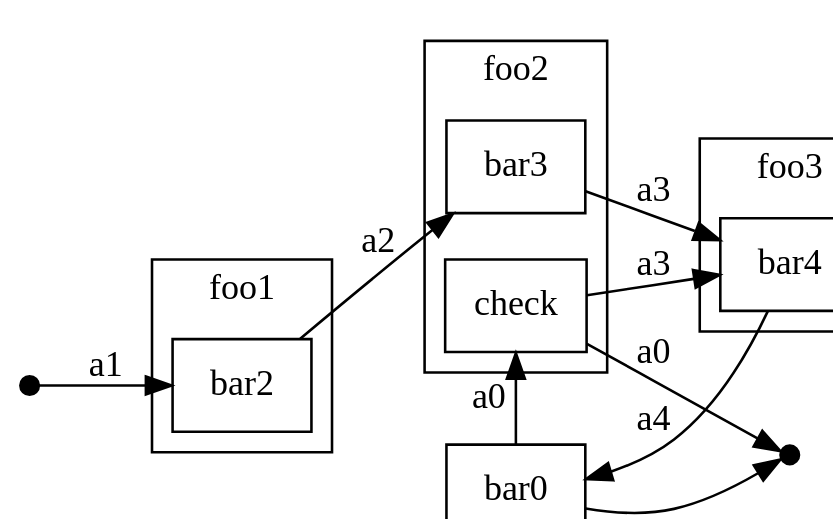
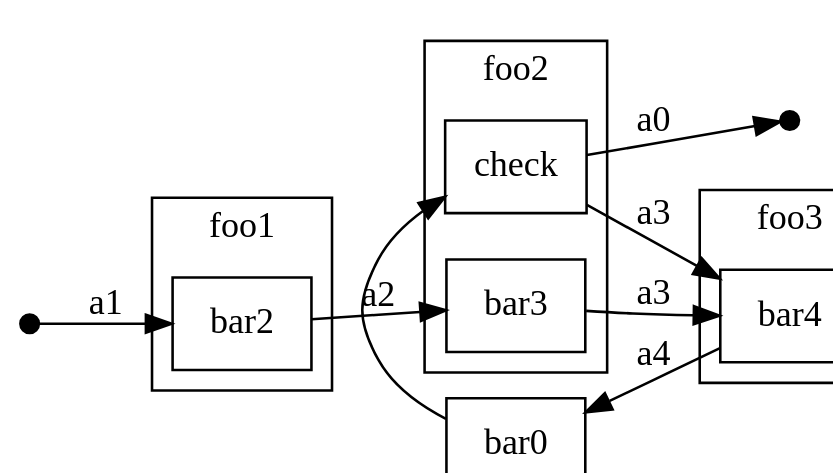
Before and after one commit to fommil/fpmortals: diagram 36 of 36 in manuscript/book.org, drawn with Graphviz. The commit also changed 1 other file, not shown here.

```diff
--- a/manuscript/book.org
+++ b/manuscript/book.org
@@ -11024,43 +11024,42 @@
 #+BEGIN_SRC dot :cmd dot :file images/contt-retry.png :exports results
 digraph G {
     graph [dpi=100,rankdir=LR];
     node [fontname=Hack];
     edge [fontname=Hack];
     fontname=Hack;
     #compound=true;
     #overlap = false;
 
     start [shape=point,width=0.1]
 
     subgraph cluster_foo1 {
       label="foo1";
       bar2 [shape=rectangle];
     }
     subgraph cluster_foo2 {
       label="foo2";
       bar3 [shape=rectangle];
       check [shape=rectangle];
       # cheating by hiding another bar0 to keep it tidy
     }
     subgraph cluster_foo3 {
       label="foo3";
       bar4 [shape=rectangle];
     }
 
     bar0 [label="bar0",shape=rectangle];
     end [shape=point,width=0.1];
 
     start -> bar2 [label="a1"];
     bar2 -> bar3 [label="a2"];
     bar3 -> bar4 [label="a3"];
     bar4 -> bar0 [label="a4"];
 
-    bar0 -> check [label="a0"];
+    bar0 -> check; #[label="a0"];
     check -> end [label="a0"];
     check -> bar4 [label="a3"];
-    bar0 -> end;
 
     # pushes end one out to the right
     bar2 -> bar0 [style=invis];
 }
 #+End_SRC
```
